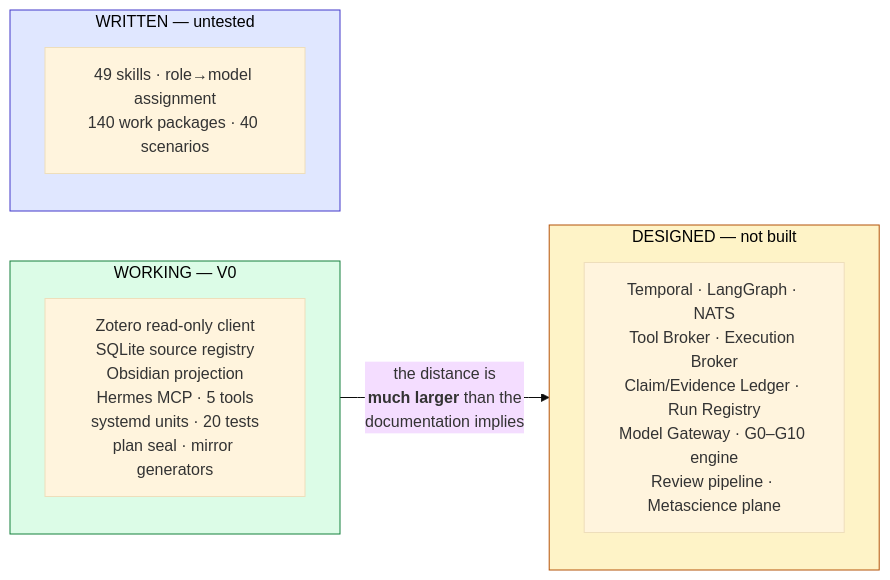
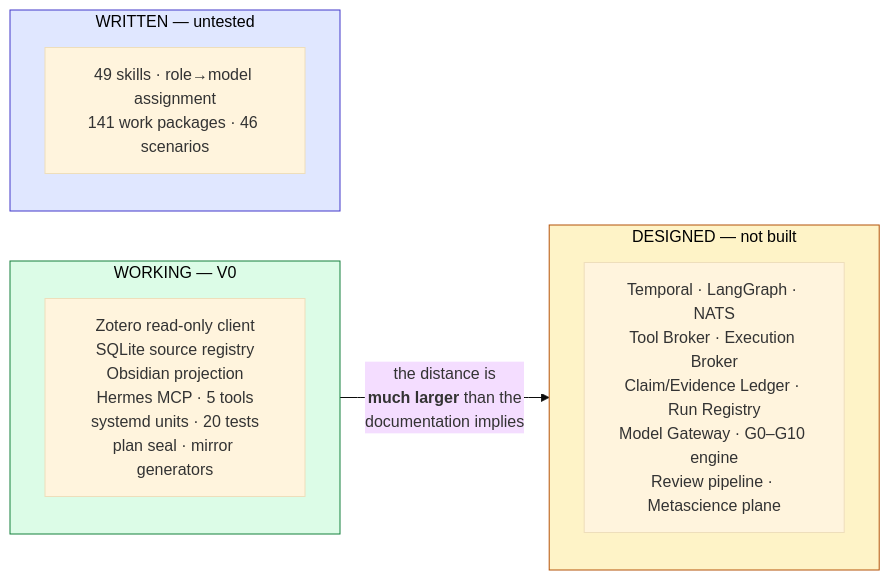
One commit to furkanhanilci/AETHRION changed diagram 17 of 18 in docs/architecture/AIRL_OS_ARCHITECTURE.md. Above: the diagram before and after it, drawn with Mermaid (base theme). The commit also changed other lines of this file and 103 other files, not shown here.

````diff
--- a/docs/architecture/AIRL_OS_ARCHITECTURE.md
+++ b/docs/architecture/AIRL_OS_ARCHITECTURE.md
@@ -567,16 +642,16 @@
 ```mermaid
 flowchart LR
     subgraph WORKING["WORKING — V0"]
         W["Zotero read-only client<br/>SQLite source registry<br/>Obsidian projection<br/>Hermes MCP · 5 tools<br/>systemd units · 20 tests<br/>plan seal · mirror generators"]
     end
     subgraph DESIGNED["DESIGNED — not built"]
         D["Temporal · LangGraph · NATS<br/>Tool Broker · Execution Broker<br/>Claim/Evidence Ledger · Run Registry<br/>Model Gateway · G0–G10 engine<br/>Review pipeline · Metascience plane"]
     end
     subgraph WRITTEN["WRITTEN — untested"]
-        S["49 skills · role→model assignment<br/>140 work packages · 40 scenarios"]
+        S["49 skills · role→model assignment<br/>141 work packages · 46 scenarios"]
     end
     WORKING -->|"the distance is<br/><b>much larger</b> than the<br/>documentation implies"| DESIGNED
     style WORKING fill:#dcfce7,stroke:#15803d,color:#000
     style DESIGNED fill:#fef3c7,stroke:#b45309,color:#000
     style WRITTEN fill:#e0e7ff,stroke:#4338ca,color:#000
 ```
````
